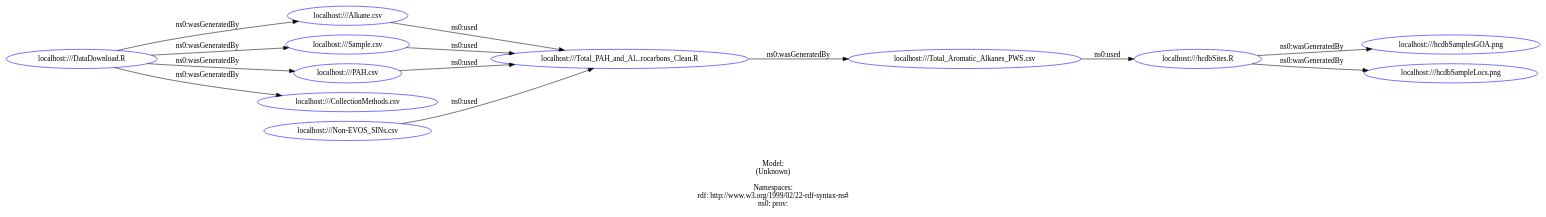
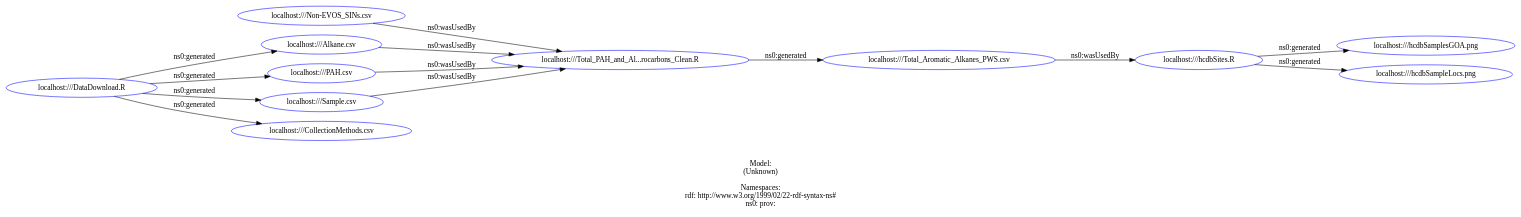
Before and after one commit to shek21/DataONE_2018_Summer_Intern_Project1: the diagram in transparency/results/provSimp.dot, drawn with Graphviz. The commit also changed 62 other files, not shown here.

```diff
--- a/transparency/results/provSimp.dot
+++ b/transparency/results/provSimp.dot
@@ -1,36 +1,36 @@
 digraph {
 	rankdir = LR;
 	charset="utf-8";
 
-	"Rlocalhost:///Alkane.csv" -> "Rlocalhost:///Total_PAH_and_Al...rocarbons_Clean.R" [ label="ns0:used" ];
-	"Rlocalhost:///DataDownload.R" -> "Rlocalhost:///Sample.csv" [ label="ns0:wasGeneratedBy" ];
-	"Rlocalhost:///DataDownload.R" -> "Rlocalhost:///PAH.csv" [ label="ns0:wasGeneratedBy" ];
-	"Rlocalhost:///DataDownload.R" -> "Rlocalhost:///CollectionMethods.csv" [ label="ns0:wasGeneratedBy" ];
-	"Rlocalhost:///DataDownload.R" -> "Rlocalhost:///Alkane.csv" [ label="ns0:wasGeneratedBy" ];
-	"Rlocalhost:///Sample.csv" -> "Rlocalhost:///Total_PAH_and_Al...rocarbons_Clean.R" [ label="ns0:used" ];
-	"Rlocalhost:///Non-EVOS_SINs.csv" -> "Rlocalhost:///Total_PAH_and_Al...rocarbons_Clean.R" [ label="ns0:used" ];
-	"Rlocalhost:///Total_Aromatic_Alkanes_PWS.csv" -> "Rlocalhost:///hcdbSites.R" [ label="ns0:used" ];
-	"Rlocalhost:///hcdbSites.R" -> "Rlocalhost:///hcdbSamplesGOA.png" [ label="ns0:wasGeneratedBy" ];
-	"Rlocalhost:///hcdbSites.R" -> "Rlocalhost:///hcdbSampleLocs.png" [ label="ns0:wasGeneratedBy" ];
-	"Rlocalhost:///PAH.csv" -> "Rlocalhost:///Total_PAH_and_Al...rocarbons_Clean.R" [ label="ns0:used" ];
-	"Rlocalhost:///Total_PAH_and_Al...rocarbons_Clean.R" -> "Rlocalhost:///Total_Aromatic_Alkanes_PWS.csv" [ label="ns0:wasGeneratedBy" ];
+	"Rlocalhost:///Non-EVOS_SINs.csv" -> "Rlocalhost:///Total_PAH_and_Al...rocarbons_Clean.R" [ label="ns0:wasUsedBy" ];
+	"Rlocalhost:///hcdbSites.R" -> "Rlocalhost:///hcdbSamplesGOA.png" [ label="ns0:generated" ];
+	"Rlocalhost:///hcdbSites.R" -> "Rlocalhost:///hcdbSampleLocs.png" [ label="ns0:generated" ];
+	"Rlocalhost:///Alkane.csv" -> "Rlocalhost:///Total_PAH_and_Al...rocarbons_Clean.R" [ label="ns0:wasUsedBy" ];
+	"Rlocalhost:///PAH.csv" -> "Rlocalhost:///Total_PAH_and_Al...rocarbons_Clean.R" [ label="ns0:wasUsedBy" ];
+	"Rlocalhost:///Total_Aromatic_Alkanes_PWS.csv" -> "Rlocalhost:///hcdbSites.R" [ label="ns0:wasUsedBy" ];
+	"Rlocalhost:///DataDownload.R" -> "Rlocalhost:///Sample.csv" [ label="ns0:generated" ];
+	"Rlocalhost:///DataDownload.R" -> "Rlocalhost:///PAH.csv" [ label="ns0:generated" ];
+	"Rlocalhost:///DataDownload.R" -> "Rlocalhost:///CollectionMethods.csv" [ label="ns0:generated" ];
+	"Rlocalhost:///DataDownload.R" -> "Rlocalhost:///Alkane.csv" [ label="ns0:generated" ];
+	"Rlocalhost:///Total_PAH_and_Al...rocarbons_Clean.R" -> "Rlocalhost:///Total_Aromatic_Alkanes_PWS.csv" [ label="ns0:generated" ];
+	"Rlocalhost:///Sample.csv" -> "Rlocalhost:///Total_PAH_and_Al...rocarbons_Clean.R" [ label="ns0:wasUsedBy" ];
 
 	// Resources
-	"Rlocalhost:///Alkane.csv" [ label="localhost:///Alkane.csv", shape = ellipse, color = blue ];
+	"Rlocalhost:///Non-EVOS_SINs.csv" [ label="localhost:///Non-EVOS_SINs.csv", shape = ellipse, color = blue ];
 	"Rlocalhost:///Total_PAH_and_Al...rocarbons_Clean.R" [ label="localhost:///Total_PAH_and_Al...rocarbons_Clean.R", shape = ellipse, color = blue ];
-	"Rlocalhost:///DataDownload.R" [ label="localhost:///DataDownload.R", shape = ellipse, color = blue ];
-	"Rlocalhost:///Sample.csv" [ label="localhost:///Sample.csv", shape = ellipse, color = blue ];
-	"Rlocalhost:///PAH.csv" [ label="localhost:///PAH.csv", shape = ellipse, color = blue ];
-	"Rlocalhost:///CollectionMethods.csv" [ label="localhost:///CollectionMethods.csv", shape = ellipse, color = blue ];
-	"Rlocalhost:///Non-EVOS_SINs.csv" [ label="localhost:///Non-EVOS_SINs.csv", shape = ellipse, color = blue ];
-	"Rlocalhost:///Total_Aromatic_Alkanes_PWS.csv" [ label="localhost:///Total_Aromatic_Alkanes_PWS.csv", shape = ellipse, color = blue ];
 	"Rlocalhost:///hcdbSites.R" [ label="localhost:///hcdbSites.R", shape = ellipse, color = blue ];
 	"Rlocalhost:///hcdbSamplesGOA.png" [ label="localhost:///hcdbSamplesGOA.png", shape = ellipse, color = blue ];
 	"Rlocalhost:///hcdbSampleLocs.png" [ label="localhost:///hcdbSampleLocs.png", shape = ellipse, color = blue ];
+	"Rlocalhost:///Alkane.csv" [ label="localhost:///Alkane.csv", shape = ellipse, color = blue ];
+	"Rlocalhost:///PAH.csv" [ label="localhost:///PAH.csv", shape = ellipse, color = blue ];
+	"Rlocalhost:///Total_Aromatic_Alkanes_PWS.csv" [ label="localhost:///Total_Aromatic_Alkanes_PWS.csv", shape = ellipse, color = blue ];
+	"Rlocalhost:///DataDownload.R" [ label="localhost:///DataDownload.R", shape = ellipse, color = blue ];
+	"Rlocalhost:///Sample.csv" [ label="localhost:///Sample.csv", shape = ellipse, color = blue ];
+	"Rlocalhost:///CollectionMethods.csv" [ label="localhost:///CollectionMethods.csv", shape = ellipse, color = blue ];
 
 	// Anonymous nodes
 
 	// Literals
 
 	label="\n\nModel:\n(Unknown)\n\nNamespaces:\nrdf: http://www.w3.org/1999/02/22-rdf-syntax-ns#\nns0: prov:\n";
 }
```
